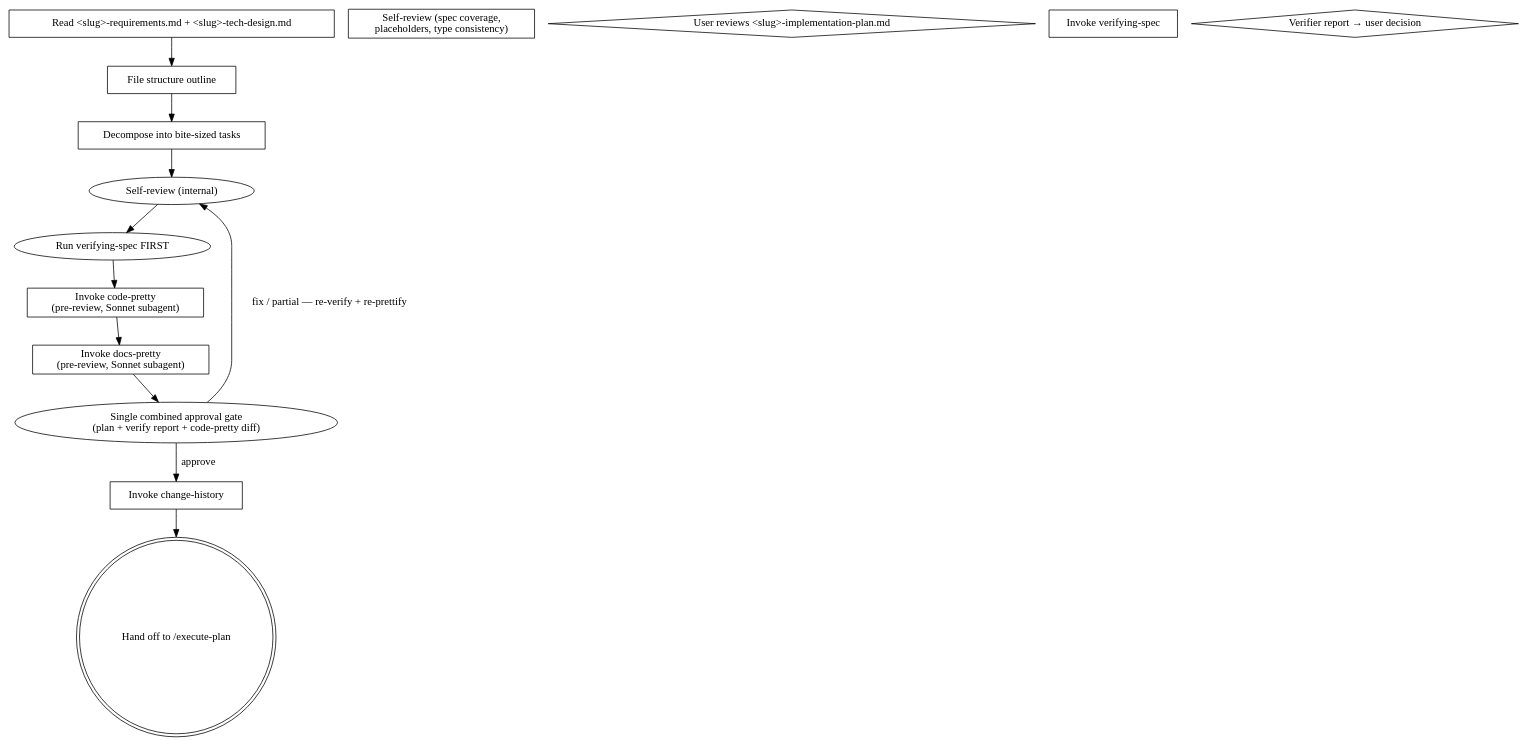
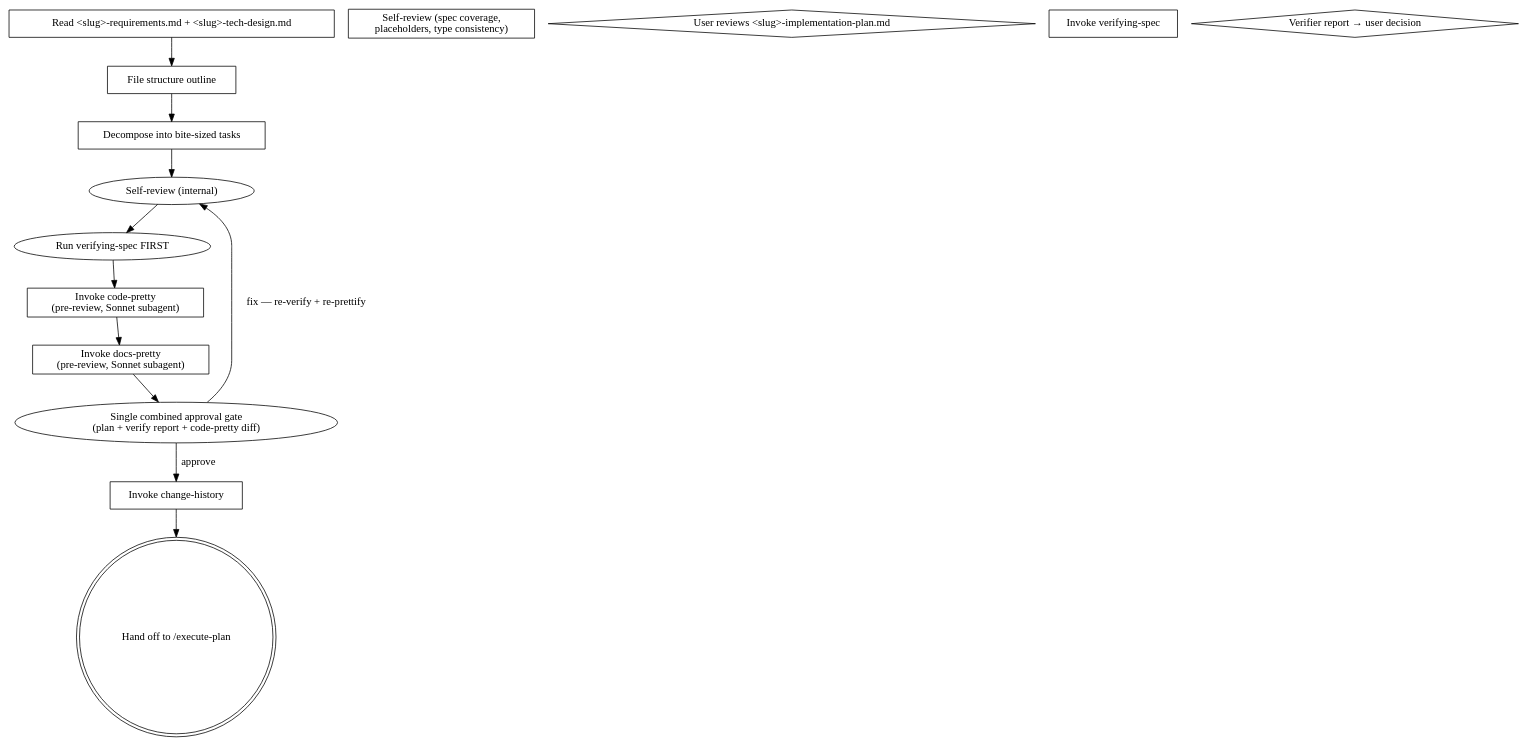
The diagram in skills/writing-plans/SKILL.md (deokjinlog/intent-locked-workflow), drawn with Graphviz before and after one commit. The commit also changed other lines of this file and 10 other files, not shown here.

First line of the commit message:
feat(v1.1.9): gate rationalization — drop partial choice + auto-approve gates #9/#12

````diff
--- a/skills/writing-plans/SKILL.md
+++ b/skills/writing-plans/SKILL.md
@@ -184,26 +184,26 @@
 ```dot
 digraph plan_flow {
     "Read <slug>-requirements.md + <slug>-tech-design.md" [shape=box];
     "File structure outline" [shape=box];
     "Decompose into bite-sized tasks" [shape=box];
     "Self-review (spec coverage,\n placeholders, type consistency)" [shape=box];
     "User reviews <slug>-implementation-plan.md" [shape=diamond];
     "Invoke verifying-spec" [shape=box];
     "Verifier report → user decision" [shape=diamond];
     "Invoke code-pretty\n(pre-review, Sonnet subagent)" [shape=box];
     "Invoke docs-pretty\n(pre-review, Sonnet subagent)" [shape=box];
     "Invoke change-history" [shape=box];
     "Hand off to /execute-plan" [shape=doublecircle];
 
     "Read <slug>-requirements.md + <slug>-tech-design.md" -> "File structure outline";
     "File structure outline" -> "Decompose into bite-sized tasks";
     "Decompose into bite-sized tasks" -> "Self-review (internal)";
     "Self-review (internal)" -> "Run verifying-spec FIRST";
     "Run verifying-spec FIRST" -> "Invoke code-pretty\n(pre-review, Sonnet subagent)";
     "Invoke code-pretty\n(pre-review, Sonnet subagent)" -> "Invoke docs-pretty\n(pre-review, Sonnet subagent)";
     "Invoke docs-pretty\n(pre-review, Sonnet subagent)" -> "Single combined approval gate\n(plan + verify report + code-pretty diff)";
-    "Single combined approval gate\n(plan + verify report + code-pretty diff)" -> "Self-review (internal)" [label="fix / partial — re-verify + re-prettify"];
+    "Single combined approval gate\n(plan + verify report + code-pretty diff)" -> "Self-review (internal)" [label="fix — re-verify + re-prettify"];
     "Single combined approval gate\n(plan + verify report + code-pretty diff)" -> "Invoke change-history" [label="approve"];
     "Invoke change-history" -> "Hand off to /execute-plan";
 }
 ```
````
